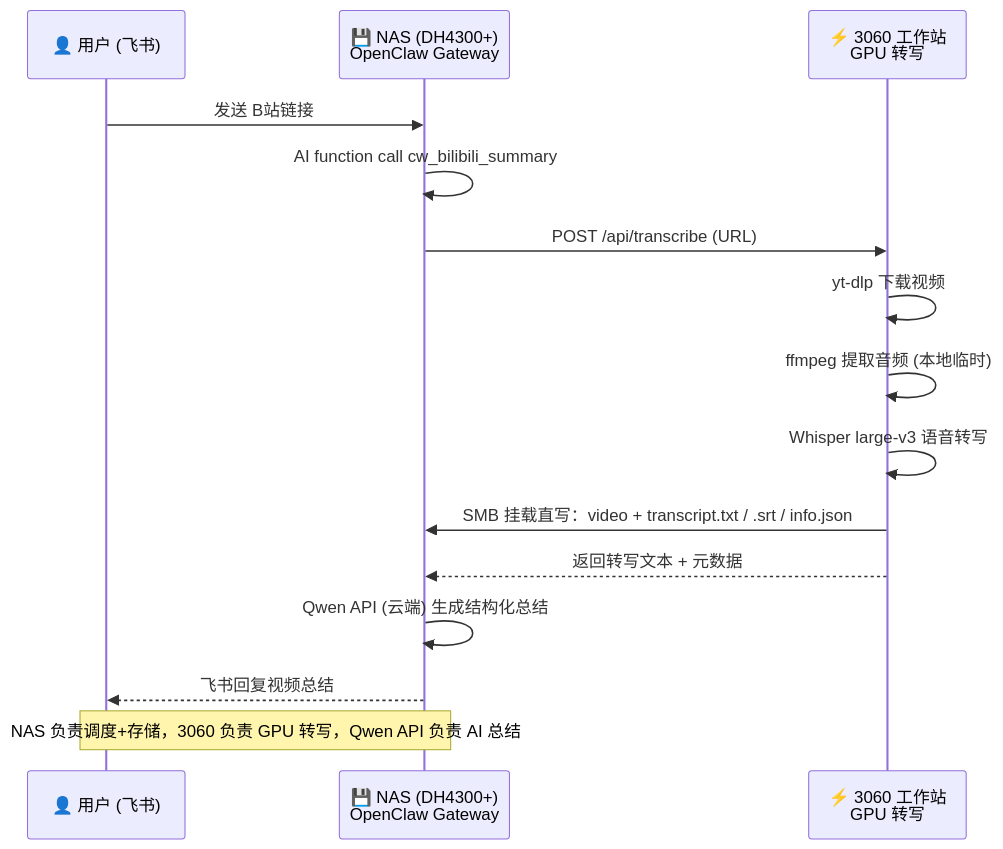
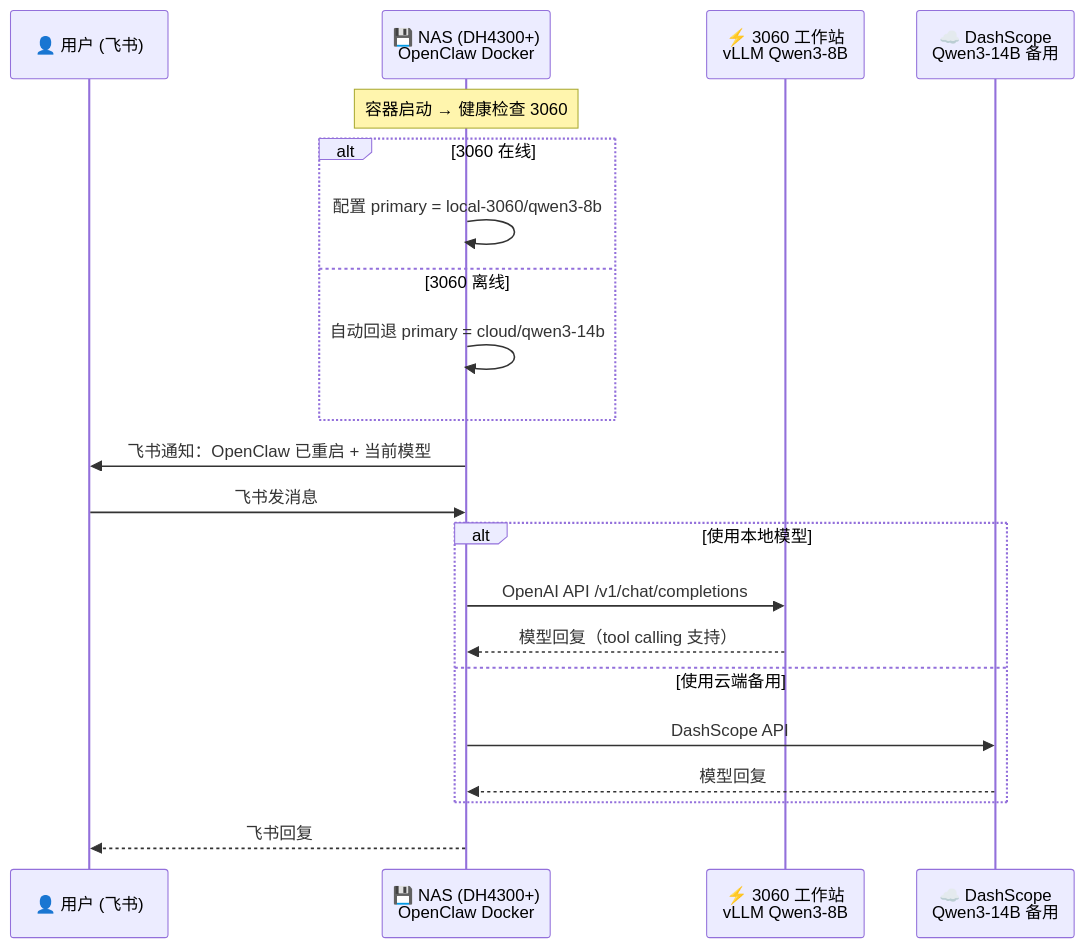
Before and after one commit to chenweidu666/OpenClaw-Private-AI: the second of 2 diagrams in README.md, drawn with Mermaid. The commit also changed other lines of this file and 5 other files, not shown here.

````diff
--- a/README.md
+++ b/README.md
@@ -70,18 +62,25 @@
 ```mermaid
 sequenceDiagram
     participant U as 👤 用户 (飞书)
-    participant N as 💾 NAS (DH4300+)<br/>OpenClaw Gateway
-    participant G as ⚡ 3060 工作站<br/>GPU 转写
+    participant N as 💾 NAS (DH4300+)<br/>OpenClaw Docker
+    participant G as ⚡ 3060 工作站<br/>vLLM Qwen3-8B
+    participant C as ☁️ DashScope<br/>Qwen3-14B 备用
 
-    U->>N: 发送 B站链接
-    N->>N: AI function call cw_bilibili_summary
-    N->>G: POST /api/transcribe (URL)
-    G->>G: yt-dlp 下载视频
-    G->>G: ffmpeg 提取音频 (本地临时)
-    G->>G: Whisper large-v3 语音转写
-    G->>N: SMB 挂载直写：video + transcript.txt / .srt / info.json
-    G-->>N: 返回转写文本 + 元数据
-    N->>N: Qwen API (云端) 生成结构化总结
-    N-->>U: 飞书回复视频总结
-    Note over U,N: NAS 负责调度+存储，3060 负责 GPU 转写，Qwen API 负责 AI 总结
+    Note over N: 容器启动 → 健康检查 3060
+    alt 3060 在线
+        N->>N: 配置 primary = local-3060/qwen3-8b
+    else 3060 离线
+        N->>N: 自动回退 primary = cloud/qwen3-14b
+    end
+    N->>U: 飞书通知：OpenClaw 已重启 + 当前模型
+
+    U->>N: 飞书发消息
+    alt 使用本地模型
+        N->>G: OpenAI API /v1/chat/completions
+        G-->>N: 模型回复（tool calling 支持）
+    else 使用云端备用
+        N->>C: DashScope API
+        C-->>N: 模型回复
+    end
+    N-->>U: 飞书回复
 ```
````
